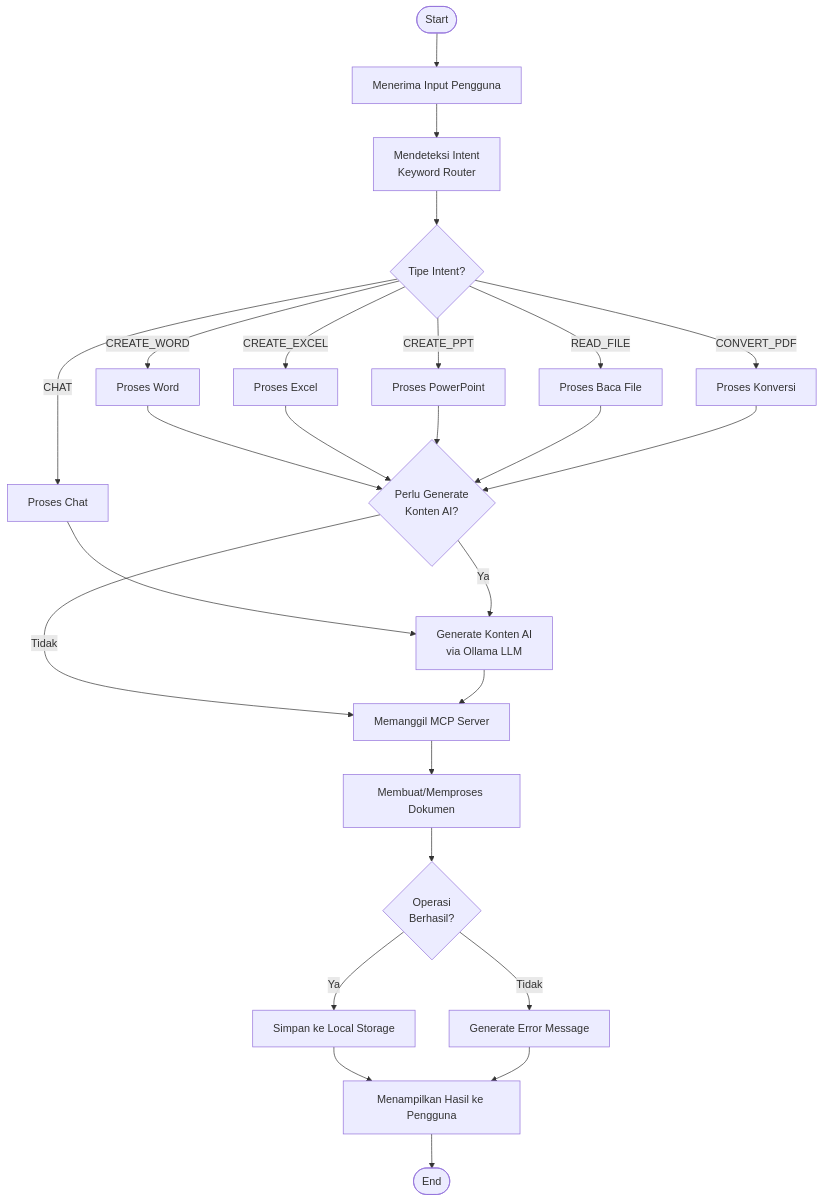
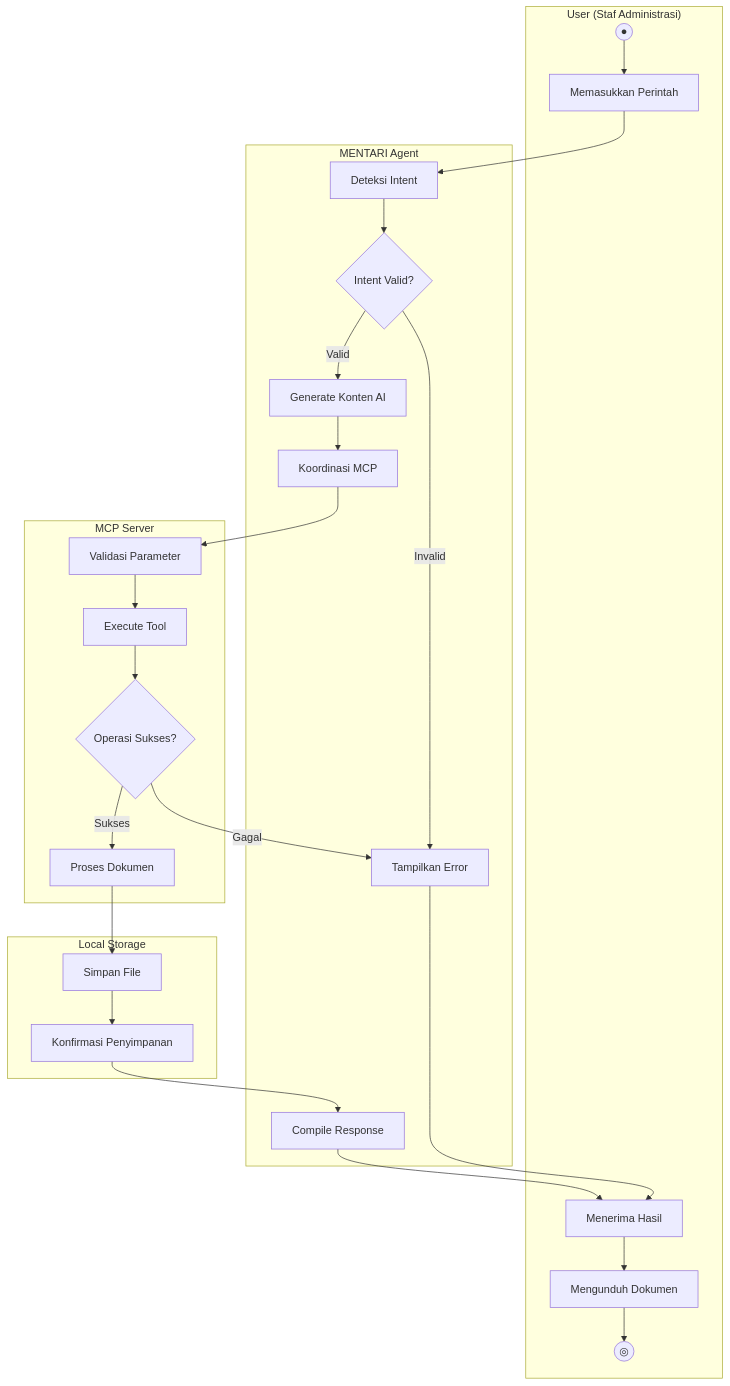
Before and after one commit to tataaditya/Try-The-FireBase: the third of 5 diagrams in arsitektur_mentari.md, drawn with Mermaid. The commit also changed other lines of this file, not shown here.

````diff
--- a/arsitektur_mentari.md
+++ b/arsitektur_mentari.md
@@ -400,35 +440,50 @@
 ```mermaid
-flowchart TD
-    START([Start]) --> A1[Menerima Input Pengguna]
-    A1 --> A2[Mendeteksi Intent<br/>Keyword Router]
-    A2 --> D1{Tipe Intent?}
+flowchart TB
+    subgraph User["User (Staf Administrasi)"]
+        U1((●))
+        U2[Memasukkan Perintah]
+        U3[Menerima Hasil]
+        U4[Mengunduh Dokumen]
+        U5((◎))
+    end
     
-    D1 -->|CREATE_WORD| B1[Proses Word]
-    D1 -->|CREATE_EXCEL| B2[Proses Excel]
-    D1 -->|CREATE_PPT| B3[Proses PowerPoint]
-    D1 -->|READ_FILE| B4[Proses Baca File]
-    D1 -->|CONVERT_PDF| B5[Proses Konversi]
-    D1 -->|CHAT| B6[Proses Chat]
+    subgraph Agent["MENTARI Agent"]
+        A1[Deteksi Intent]
+        A2{Intent Valid?}
+        A3[Generate Konten AI]
+        A4[Koordinasi MCP]
+        A5[Compile Response]
+        A6[Tampilkan Error]
+    end
     
-    B1 --> D2{Perlu Generate<br/>Konten AI?}
-    B2 --> D2
-    B3 --> D2
-    B4 --> D2
-    B5 --> D2
-    B6 --> A3[Generate Response AI]
+    subgraph MCP["MCP Server"]
+        M1[Validasi Parameter]
+        M2[Execute Tool]
+        M3{Operasi Sukses?}
+        M4[Proses Dokumen]
+    end
     
-    D2 -->|Ya| A3[Generate Konten AI<br/>via Ollama LLM]
-    D2 -->|Tidak| A4
-    A3 --> A4[Memanggil MCP Server]
+    subgraph Storage["Local Storage"]
+        S1[Simpan File]
+        S2[Konfirmasi Penyimpanan]
+    end
     
-    A4 --> A5[Membuat/Memproses Dokumen]
-    A5 --> D3{Operasi<br/>Berhasil?}
-    
-    D3 -->|Ya| A6[Simpan ke Local Storage]
-    D3 -->|Tidak| A7[Generate Error Message]
-    
-    A6 --> A8[Menampilkan Hasil ke Pengguna]
-    A7 --> A8
-    
-    A8 --> END([End])
+    U1 --> U2
+    U2 --> A1
+    A1 --> A2
+    A2 -->|Valid| A3
+    A2 -->|Invalid| A6
+    A3 --> A4
+    A4 --> M1
+    M1 --> M2
+    M2 --> M3
+    M3 -->|Sukses| M4
+    M3 -->|Gagal| A6
+    M4 --> S1
+    S1 --> S2
+    S2 --> A5
+    A5 --> U3
+    A6 --> U3
+    U3 --> U4
+    U4 --> U5
 ```
````
